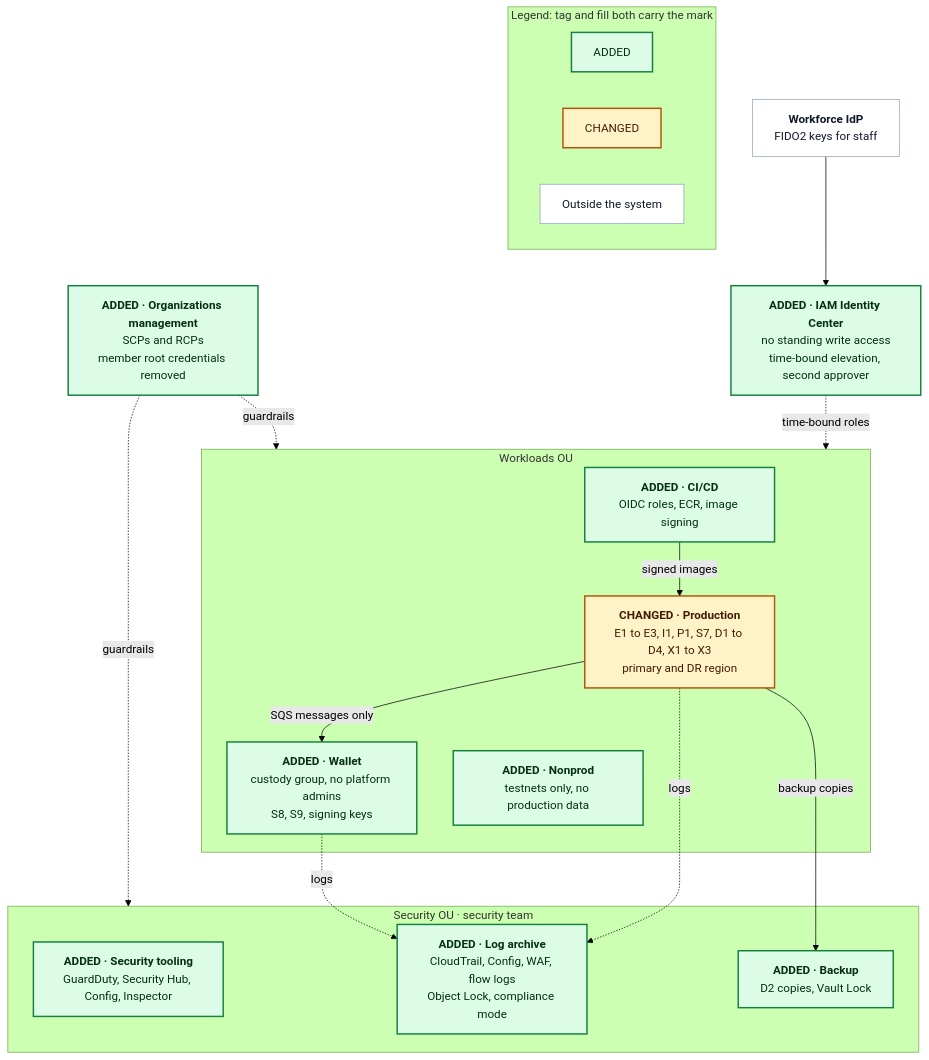
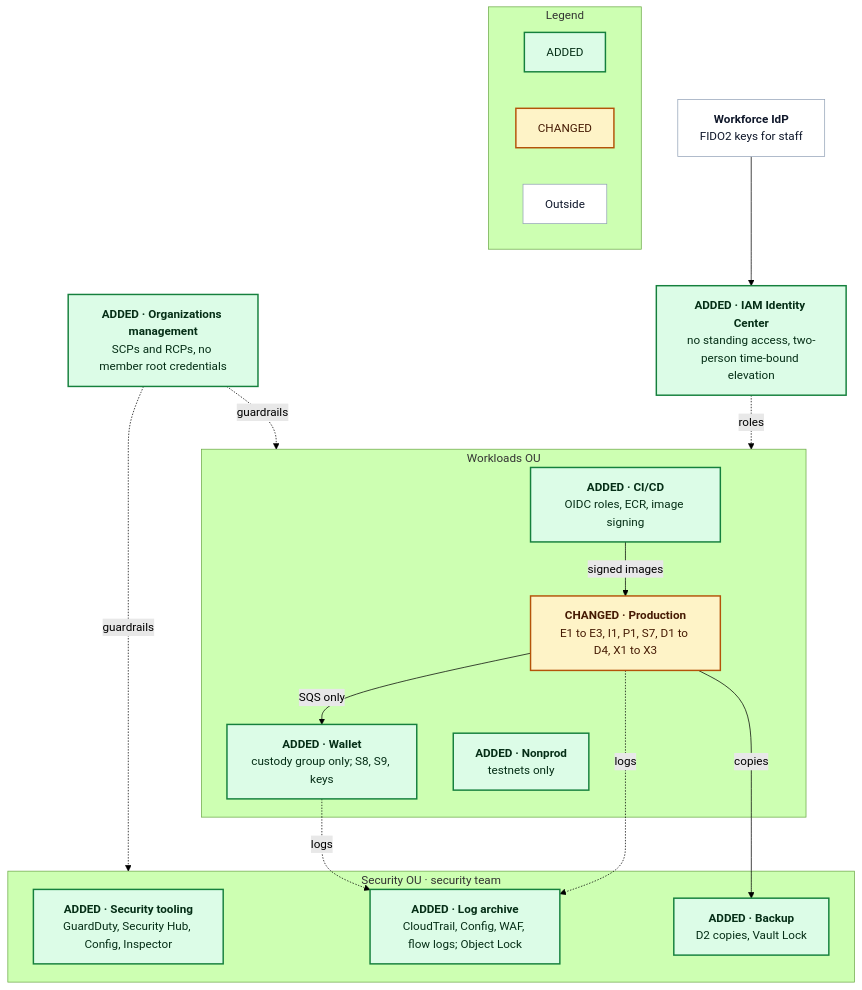
One commit to ndmquan-git/devops-challenge-ndmquan changed the third of 3 diagrams in src/problem5/SOLUTION.md. Above: the diagram before and after it, drawn with Mermaid (forest theme). The commit also changed other lines of this file and 1 other file, not shown here.

First line of the commit message:
docs: condense the Problem 2 and Problem 5 write-ups

````diff
--- a/src/problem5/SOLUTION.md
+++ b/src/problem5/SOLUTION.md
@@ -313,55 +302,50 @@
 ```mermaid
 flowchart TB
   classDef added fill:#dcfce7,stroke:#15803d,stroke-width:2px,color:#052e16
   classDef changed fill:#fef3c7,stroke:#b45309,stroke-width:2px,color:#451a03
   classDef external fill:#ffffff,stroke:#94a3b8,color:#0f172a
 
   idp["`**Workforce IdP**
 FIDO2 keys for staff`"]:::external
   idc["`**ADDED · IAM Identity Center**
-no standing write access
-time-bound elevation, second approver`"]:::added
+no standing access, two-person time-bound elevation`"]:::added
   org["`**ADDED · Organizations management**
-SCPs and RCPs
-member root credentials removed`"]:::added
+SCPs and RCPs, no member root credentials`"]:::added
 
   subgraph secou["Security OU · security team"]
     tool["`**ADDED · Security tooling**
 GuardDuty, Security Hub, Config, Inspector`"]:::added
     logs["`**ADDED · Log archive**
-CloudTrail, Config, WAF, flow logs
-Object Lock, compliance mode`"]:::added
+CloudTrail, Config, WAF, flow logs; Object Lock`"]:::added
     bak["`**ADDED · Backup**
 D2 copies, Vault Lock`"]:::added
   end
 
   subgraph wlou["Workloads OU"]
     cicd["`**ADDED · CI/CD**
 OIDC roles, ECR, image signing`"]:::added
     prd["`**CHANGED · Production**
-E1 to E3, I1, P1, S7, D1 to D4, X1 to X3
-primary and DR region`"]:::changed
+E1 to E3, I1, P1, S7, D1 to D4, X1 to X3`"]:::changed
     wal["`**ADDED · Wallet**
-custody group, no platform admins
-S8, S9, signing keys`"]:::added
+custody group only; S8, S9, keys`"]:::added
     np["`**ADDED · Nonprod**
-testnets only, no production data`"]:::added
+testnets only`"]:::added
   end
 
   idp --> idc
-  idc -.->|time-bound roles| wlou
+  idc -.->|roles| wlou
   org -.->|guardrails| secou
   org -.->|guardrails| wlou
   cicd -->|signed images| prd
-  prd -->|SQS messages only| wal
-  prd -->|backup copies| bak
+  prd -->|SQS only| wal
+  prd -->|copies| bak
   prd -.->|logs| logs
   wal -.->|logs| logs
 
-  subgraph legend["Legend: tag and fill both carry the mark"]
+  subgraph legend["Legend"]
     direction LR
     LA["ADDED"]:::added
     LC["CHANGED"]:::changed
-    LE["Outside the system"]:::external
+    LE["Outside"]:::external
   end
 ```
````
